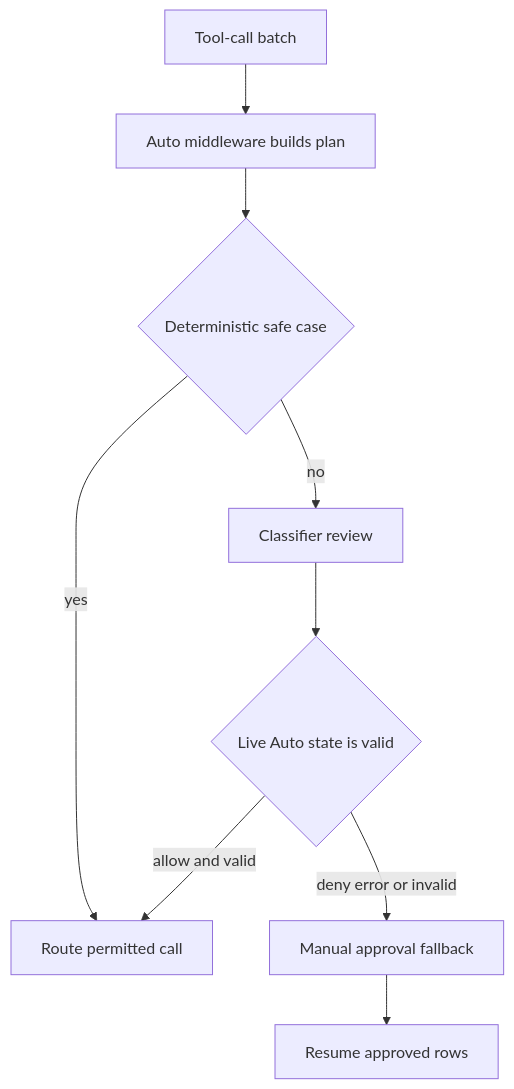
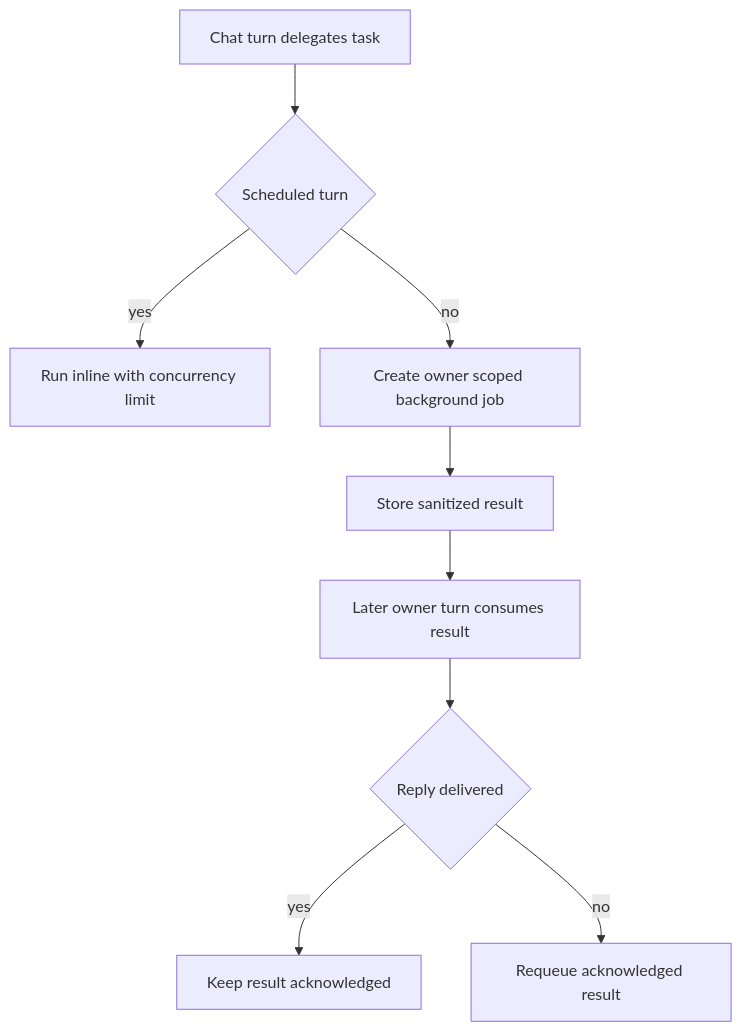
The second of 2 diagrams in openwiki/testing/testing-guide.md (langchain-ai/deepagents), drawn with Mermaid before and after one commit. The commit also changed other lines of this file and 43 other files, not shown here.

````diff
--- a/openwiki/testing/testing-guide.md
+++ b/openwiki/testing/testing-guide.md
@@ -136,11 +129,11 @@
 ```mermaid
 flowchart TD
-    Request["Tool-call batch"] --> Policy["Auto middleware builds plan"]
-    Policy --> Safe{"Deterministic safe case"}
-    Safe -->|yes| Route["Route permitted call"]
-    Safe -->|no| Classifier["Classifier review"]
-    Classifier --> Live{"Live Auto state is valid"}
-    Live -->|allow and valid| Route
-    Live -->|deny error or invalid| Review["Manual approval fallback"]
-    Review --> Resume["Resume approved rows"]
+    Turn["Chat turn delegates task"] --> Scheduled{"Scheduled turn"}
+    Scheduled -->|yes| Inline["Run inline with concurrency limit"]
+    Scheduled -->|no| Worker["Create owner scoped background job"]
+    Worker --> Result["Store sanitized result"]
+    Result --> Next["Later owner turn consumes result"]
+    Next --> Delivered{"Reply delivered"}
+    Delivered -->|yes| Ack["Keep result acknowledged"]
+    Delivered -->|no| Requeue["Requeue acknowledged result"]
 ```
````
